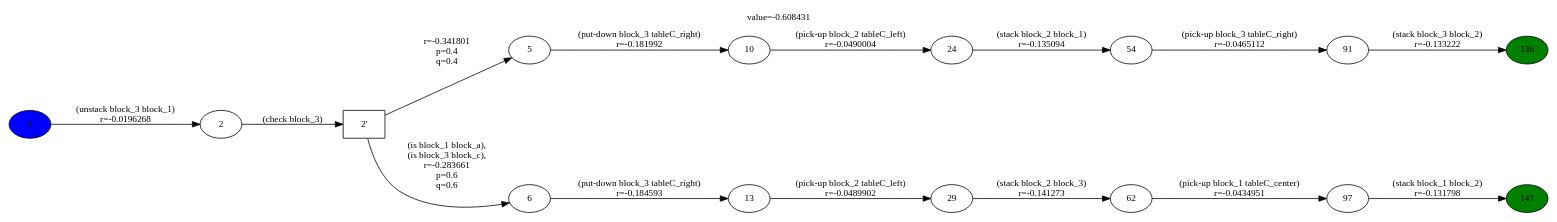
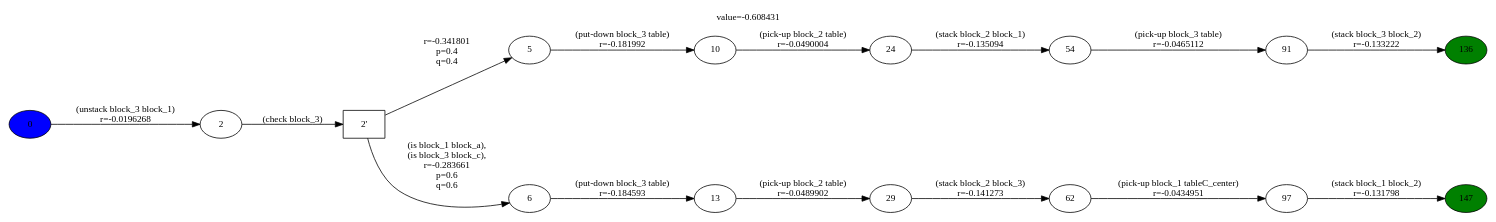
The diagram in data/2m1/-0.015/10/policy-11-final-arranged.gv (cambyse/iros-camille-2018), drawn with Graphviz before and after one commit. The commit also changed 2052 other files, not shown here.

```diff
--- a/data/2m1/-0.015/10/policy-11-final-arranged.gv
+++ b/data/2m1/-0.015/10/policy-11-final-arranged.gv
@@ -1,47 +1,47 @@
 digraph g{
 rankdir="LR";
 ranksep = 0.5;
 nodesep=1.5;
 graph[fontsize = 12];
 node[fontsize = 12];
 edge[fontsize = 12];
 136 [style=filled, fillcolor=green]
 147 [style=filled, fillcolor=green]
 0 [style=filled, fillcolor=blue]
 label="value=-0.608431"
 labelloc=top
 0->2 [ label="(unstack block_3 block_1)
 r=-0.0196268" ];
 "2'" [ shape=box ] ;
 2->"2'" [ label="(check block_3)" ];
 "2'"->5 [ label="
 r=-0.341801
 p=0.4
 q=0.4" ];
-5->10 [ label="(put-down block_3 tableC_right)
+5->10 [ label="(put-down block_3 table)
 r=-0.181992" ];
-10->24 [ label="(pick-up block_2 tableC_left)
+10->24 [ label="(pick-up block_2 table)
 r=-0.0490004" ];
 24->54 [ label="(stack block_2 block_1)
 r=-0.135094" ];
-54->91 [ label="(pick-up block_3 tableC_right)
+54->91 [ label="(pick-up block_3 table)
 r=-0.0465112" ];
 91->136 [ label="(stack block_3 block_2)
 r=-0.133222" ];
 "2'"->6 [ label="
 (is block_1 block_a),
 (is block_3 block_c),
 r=-0.283661
 p=0.6
 q=0.6" ];
-6->13 [ label="(put-down block_3 tableC_right)
+6->13 [ label="(put-down block_3 table)
 r=-0.184593" ];
-13->29 [ label="(pick-up block_2 tableC_left)
+13->29 [ label="(pick-up block_2 table)
 r=-0.0489902" ];
 29->62 [ label="(stack block_2 block_3)
 r=-0.141273" ];
 62->97 [ label="(pick-up block_1 tableC_center)
 r=-0.0434951" ];
 97->147 [ label="(stack block_1 block_2)
 r=-0.131798" ];
 }
```
